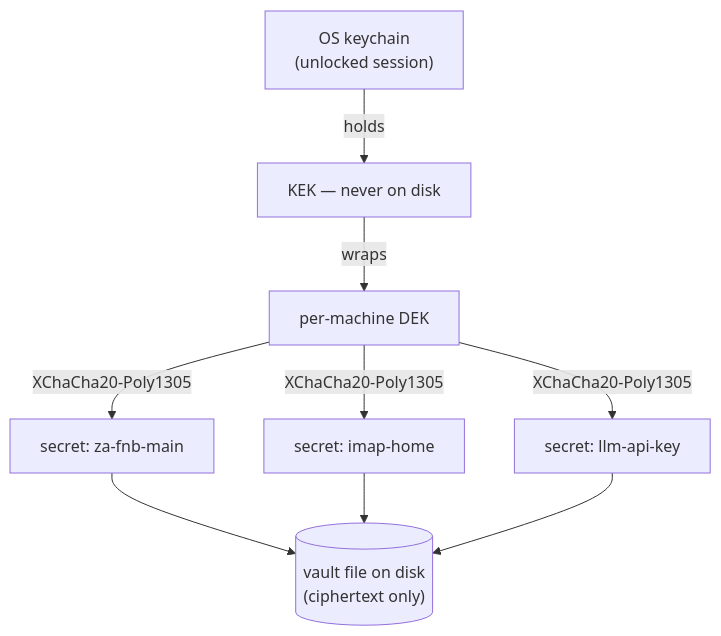
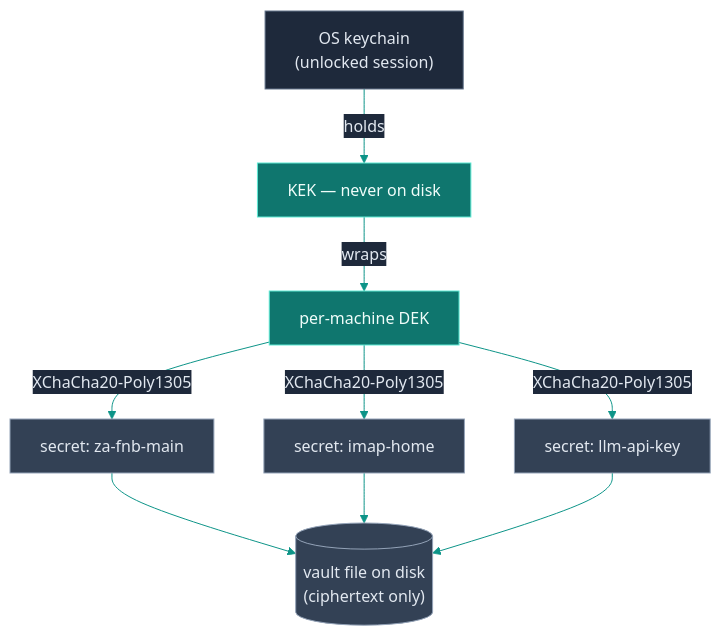
One commit to vul-os/slipscan changed the diagram in docs/THREAT-MODEL.md. Above: the diagram before and after it, drawn with Mermaid. The commit also changed 1 other file, not shown here.

Commit message:
docs: restyle THREAT-MODEL's key-hierarchy diagram with the tier palette
This diagram had no theme init at all — bare mermaid defaults, which is
low-contrast in dark mode on GitHub (dark node borders/text against a dark
page). Applied the same opaque tier palette as README's diagrams:
  - entry (OS keychain — the trust root everything is released from)
  - subject/dominant (KEK, DEK — the encryption keys the diagram is about)
  - downstream (the three secrets + the vault file — what gets protected/stored)
Edge color #0d9488, matching README's diagrams so the docs read as one system.

site/docs/threat-model.md regenerated with `node scripts/sync-docs.ts`.

Verified: rendered with mermaid-cli at -b '#ffffff' and -b '#0d1117', no
parse errors, legible in both. No .mmd/.png committed.

Agent-generated, machine-verified, NOT human-reviewed.

````diff
--- a/docs/THREAT-MODEL.md
+++ b/docs/THREAT-MODEL.md
@@ -20,9 +20,17 @@
 ```mermaid
+%%{init: {'theme':'base','themeVariables':{'fontFamily':'ui-monospace, SFMono-Regular, Menlo, monospace','primaryColor':'#334155','primaryBorderColor':'#94a3b8','primaryTextColor':'#e2e8f0','lineColor':'#0d9488','edgeLabelBackground':'#1e293b'}}}%%
 flowchart TD
+    classDef entry fill:#1e293b,stroke:#64748b,color:#e2e8f0
+    classDef subject fill:#0f766e,stroke:#5eead4,color:#f0fdfa
+    classDef downstream fill:#334155,stroke:#94a3b8,color:#e2e8f0
     OS["OS keychain\n(unlocked session)"] -->|holds| KEK["KEK — never on disk"]
     KEK -->|wraps| DEK["per-machine DEK"]
     DEK -->|"XChaCha20-Poly1305"| S1["secret: za-fnb-main"]
     DEK -->|"XChaCha20-Poly1305"| S2["secret: imap-home"]
     DEK -->|"XChaCha20-Poly1305"| S3["secret: llm-api-key"]
     S1 & S2 & S3 --> V[("vault file on disk\n(ciphertext only)")]
+
+    class OS entry
+    class KEK,DEK subject
+    class S1,S2,S3,V downstream
 ```
````
